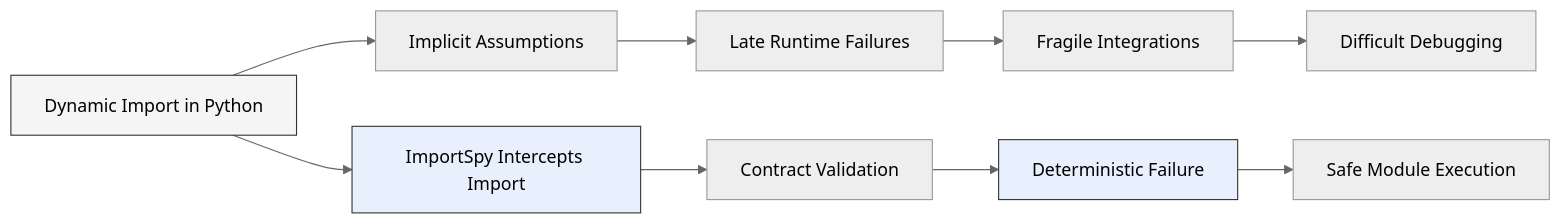
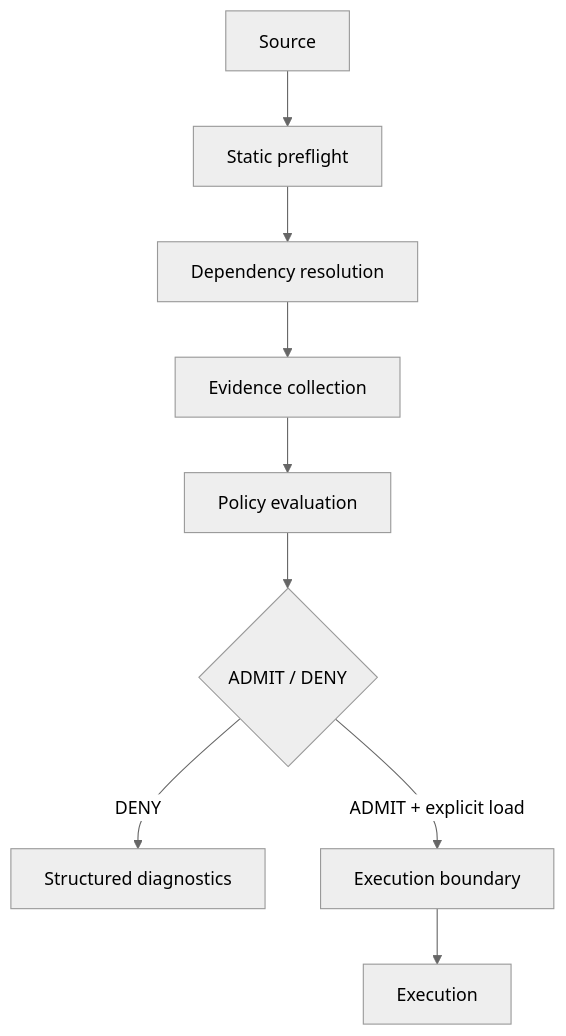
Before and after one commit to atellaluca/atellaluca: the diagram in docs/case-studies/importspy/index.md, drawn with Mermaid (neutral theme). The commit also changed other lines of this file and 36 other files, not shown here.

````diff
--- a/docs/case-studies/importspy/index.md
+++ b/docs/case-studies/importspy/index.md
@@ -63,16 +28,13 @@
 ```mermaid
-flowchart LR
-    A[Dynamic Import in Python] --> B[Implicit Assumptions]
-    B --> C[Late Runtime Failures]
-    C --> D[Fragile Integrations]
-    D --> E[Difficult Debugging]
-
-    A --> F[ImportSpy Intercepts Import]
-    F --> G[Contract Validation]
-    G --> H[Deterministic Failure]
-    H --> I[Safe Module Execution]
-
-    style A fill:#f5f5f5,stroke:#333
-    style F fill:#e8f0fe,stroke:#333
-    style H fill:#e8f0fe,stroke:#333
+flowchart TD
+    accTitle: ImportSpy admission and execution boundary
+    accDescr: Source inspection, dependency resolution and evidence collection feed policy evaluation. Denied modules stop; execution requires admission and an explicit load.
+    A[Source] --> B[Static preflight]
+    B --> C[Dependency resolution]
+    C --> D[Evidence collection]
+    D --> E[Policy evaluation]
+    E --> F{ADMIT / DENY}
+    F -->|DENY| G[Structured diagnostics]
+    F -->|ADMIT + explicit load| H[Execution boundary]
+    H --> I[Execution]
 ```
````
